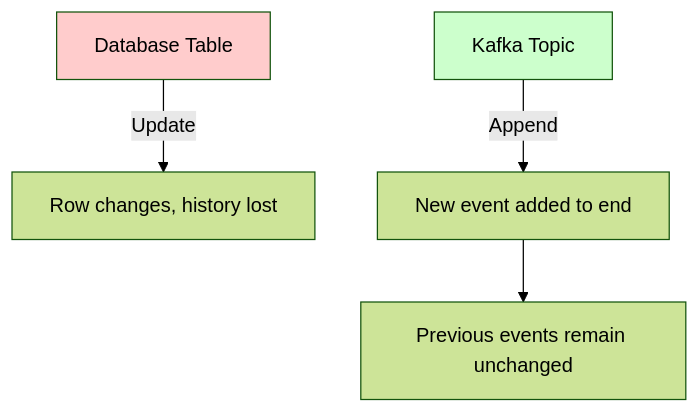
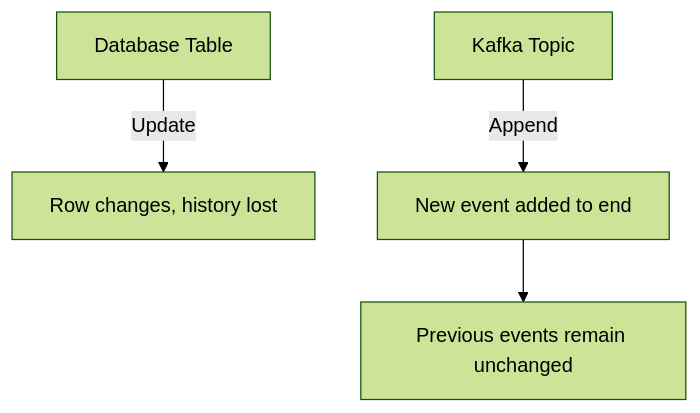
The second of 26 diagrams in docs/tutorials/kafka-getting-started.md (mombe090/techdocs), drawn with Mermaid (forest theme) before and after one commit. The commit also changed other lines of this file and 11 other files, not shown here.

First line of the commit message:
style: remove hardcoded Mermaid diagram colors for dark mode compatibility

````diff
--- a/docs/tutorials/kafka-getting-started.md
+++ b/docs/tutorials/kafka-getting-started.md
@@ -103,10 +101,8 @@
 ```mermaid
 graph TD
     A[Database Table] -->|Update| B[Row changes, history lost]
 
     C[Kafka Topic] -->|Append| D[New event added to end]
     D --> E[Previous events remain unchanged]
 
-    style A fill:#ffcccc
-    style C fill:#ccffcc
 ```
````
